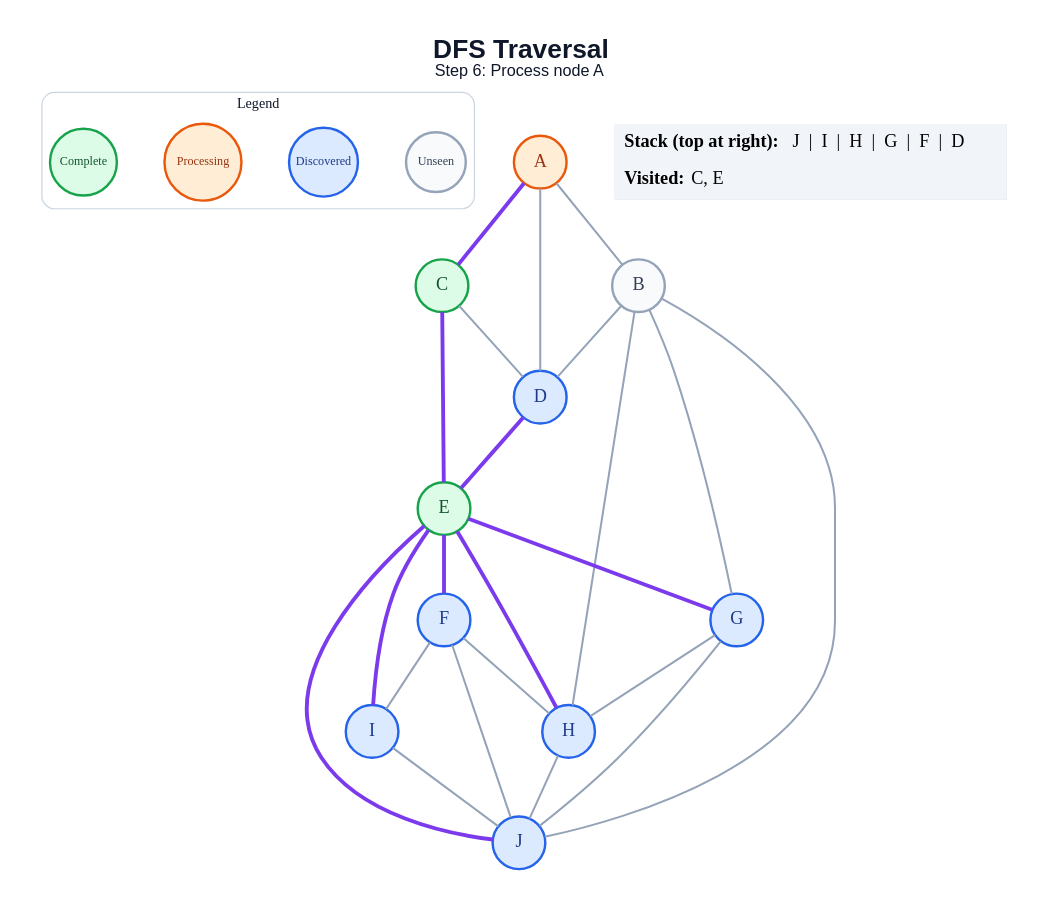
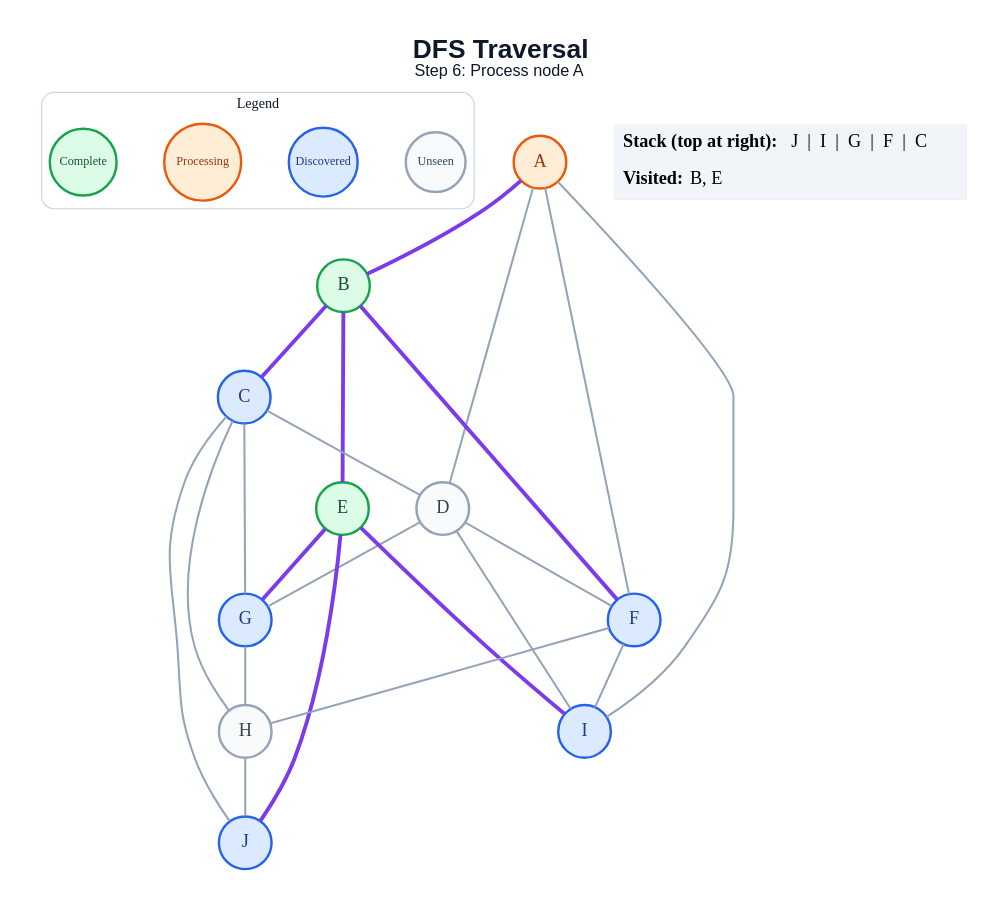
The diagram in generated/specific-node/dfs/step_06.dot (amanghodawala9/ai-slop), drawn with Graphviz before and after one commit. The commit also changed 178 other files, not shown here.

```diff
--- a/generated/specific-node/dfs/step_06.dot
+++ b/generated/specific-node/dfs/step_06.dot
@@ -1,51 +1,50 @@
 graph traversal {
   graph [layout=dot, rankdir=TB, bgcolor="#FFFFFF", pad="0.35", nodesep="0.65", ranksep="0.8", fontname="Arial"];
   node [shape=circle, style="filled", fontname="Arial Bold", fontsize=18, width=0.72, fixedsize=true, penwidth=2.4];
   edge [color="#94A3B8", penwidth=2.0];
   label=<<B>DFS Traversal</B><BR/><FONT POINT-SIZE="16">Step 6: Process node A</FONT>>; labelloc="t"; fontsize=26; fontname="Arial"; fontcolor="#0F172A";
   subgraph cluster_legend { label="Legend"; color="#CBD5E1"; penwidth=1.2; style="rounded"; fontsize=14; fontname="Arial Bold";
     key_unseen [label="Unseen", fillcolor="#F8FAFC", color="#94A3B8", fontcolor="#334155", fontsize=12, width=0.82];
     key_frontier [label="Discovered", fillcolor="#DBEAFE", color="#2563EB", fontcolor="#1E3A8A", fontsize=12, width=0.95];
     key_current [label="Processing", fillcolor="#FFEDD5", color="#EA580C", fontcolor="#9A3412", fontsize=12, width=1.05];
     key_done [label="Complete", fillcolor="#DCFCE7", color="#16A34A", fontcolor="#14532D", fontsize=12, width=0.92];
     { rank=same; key_unseen; key_frontier; key_current; key_done; }
   }
   A [fillcolor="#FFEDD5", color="#EA580C", fontcolor="#9A3412"];
-  B [fillcolor="#F8FAFC", color="#94A3B8", fontcolor="#334155"];
-  C [fillcolor="#DCFCE7", color="#16A34A", fontcolor="#14532D"];
-  D [fillcolor="#DBEAFE", color="#2563EB", fontcolor="#1E3A8A"];
+  B [fillcolor="#DCFCE7", color="#16A34A", fontcolor="#14532D"];
+  C [fillcolor="#DBEAFE", color="#2563EB", fontcolor="#1E3A8A"];
+  D [fillcolor="#F8FAFC", color="#94A3B8", fontcolor="#334155"];
   E [fillcolor="#DCFCE7", color="#16A34A", fontcolor="#14532D"];
   F [fillcolor="#DBEAFE", color="#2563EB", fontcolor="#1E3A8A"];
   G [fillcolor="#DBEAFE", color="#2563EB", fontcolor="#1E3A8A"];
-  H [fillcolor="#DBEAFE", color="#2563EB", fontcolor="#1E3A8A"];
+  H [fillcolor="#F8FAFC", color="#94A3B8", fontcolor="#334155"];
   I [fillcolor="#DBEAFE", color="#2563EB", fontcolor="#1E3A8A"];
   J [fillcolor="#DBEAFE", color="#2563EB", fontcolor="#1E3A8A"];
-  A -- B;
-  A -- C [color="#7C3AED", penwidth=3.8];
+  A -- B [color="#7C3AED", penwidth=3.8];
   A -- D;
-  B -- D;
-  B -- G;
-  B -- H;
-  B -- J;
+  A -- F;
+  A -- I;
+  B -- C [color="#7C3AED", penwidth=3.8];
+  B -- E [color="#7C3AED", penwidth=3.8];
+  B -- F [color="#7C3AED", penwidth=3.8];
   C -- D;
-  C -- E [color="#7C3AED", penwidth=3.8];
-  D -- E [color="#7C3AED", penwidth=3.8];
-  E -- F [color="#7C3AED", penwidth=3.8];
+  C -- G;
+  C -- H;
+  C -- J;
+  D -- F;
+  D -- G;
+  D -- I;
   E -- G [color="#7C3AED", penwidth=3.8];
-  E -- H [color="#7C3AED", penwidth=3.8];
   E -- I [color="#7C3AED", penwidth=3.8];
   E -- J [color="#7C3AED", penwidth=3.8];
   F -- H;
   F -- I;
-  F -- J;
   G -- H;
-  G -- J;
   H -- J;
-  I -- J;
   status [shape=plain, fixedsize=false, width=0, height=0, margin=0, label=<
     <TABLE BORDER="0" CELLBORDER="0" CELLPADDING="7" BGCOLOR="#F1F5F9">
-      <TR><TD ALIGN="LEFT"><B>Stack (top at right):</B> J  |  I  |  H  |  G  |  F  |  D</TD></TR>
-      <TR><TD ALIGN="LEFT"><B>Visited:</B> C, E</TD></TR>
+      <TR><TD ALIGN="LEFT"><B>Stack (top at right):</B> J  |  I  |  G  |  F  |  C</TD></TR>
+      <TR><TD ALIGN="LEFT"><B>Visited:</B> B, E</TD></TR>
     </TABLE>
   >];
 }
```
